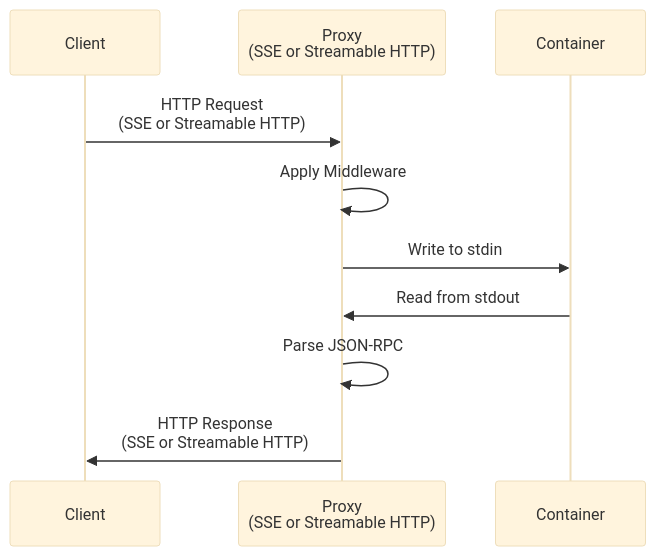
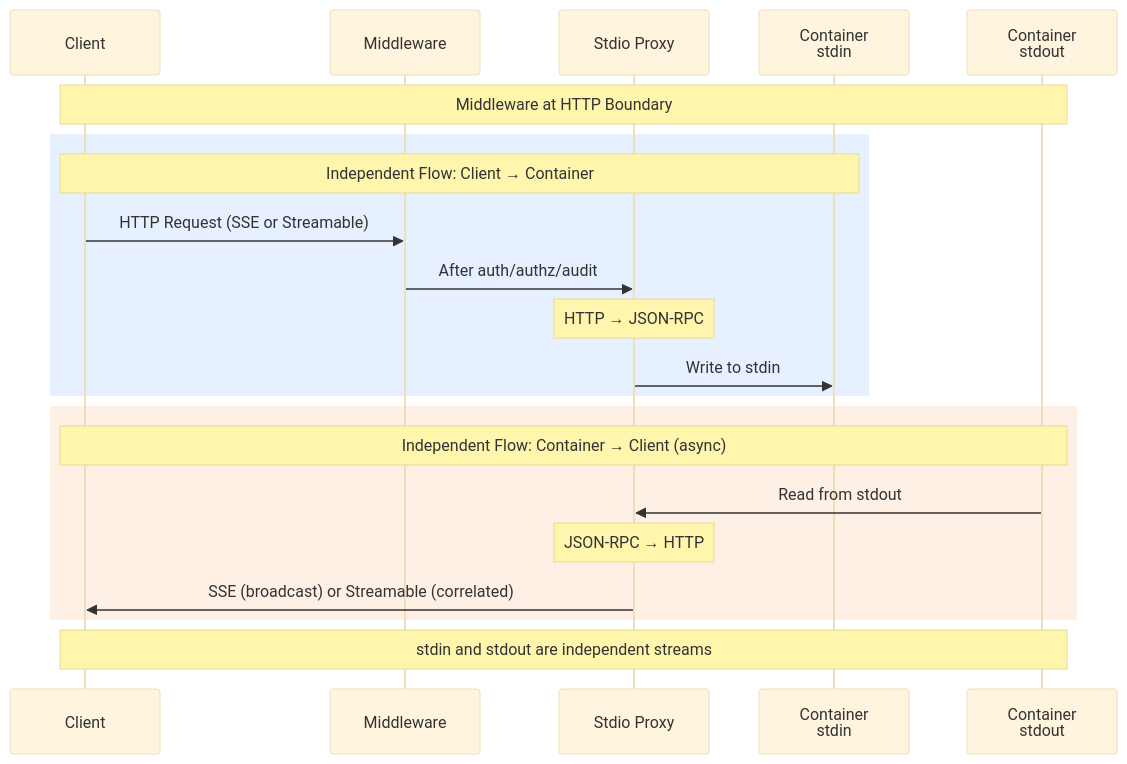
One commit to stacklok/toolhive changed the second of 3 diagrams in docs/arch/00-overview.md. Above: the diagram before and after it, drawn with Mermaid (base theme). The commit also changed other lines of this file and 2 other files, not shown here.

First line of the commit message:
Address additional review feedback on architecture docs

````diff
--- a/docs/arch/00-overview.md
+++ b/docs/arch/00-overview.md
@@ -257,13 +176,27 @@
 ```mermaid
 sequenceDiagram
     participant Client
-    participant Proxy as Proxy<br/>(SSE or Streamable HTTP)
-    participant Container
+    participant Middleware
+    participant Proxy as Stdio Proxy
+    participant Stdin as Container<br/>stdin
+    participant Stdout as Container<br/>stdout
 
-    Client->>Proxy: HTTP Request<br/>(SSE or Streamable HTTP)
-    Proxy->>Proxy: Apply Middleware
-    Proxy->>Container: Write to stdin
-    Container->>Proxy: Read from stdout
-    Proxy->>Proxy: Parse JSON-RPC
-    Proxy->>Client: HTTP Response<br/>(SSE or Streamable HTTP)
+    Note over Client,Stdout: Middleware at HTTP Boundary
+
+    rect rgb(230, 240, 255)
+        Note over Client,Stdin: Independent Flow: Client → Container
+        Client->>Middleware: HTTP Request (SSE or Streamable)
+        Middleware->>Proxy: After auth/authz/audit
+        Note over Proxy: HTTP → JSON-RPC
+        Proxy->>Stdin: Write to stdin
+    end
+
+    rect rgb(255, 240, 230)
+        Note over Stdout,Client: Independent Flow: Container → Client (async)
+        Stdout->>Proxy: Read from stdout
+        Note over Proxy: JSON-RPC → HTTP
+        Proxy->>Client: SSE (broadcast) or Streamable (correlated)
+    end
+
+    Note over Client,Stdout: stdin and stdout are independent streams
 ```
````
